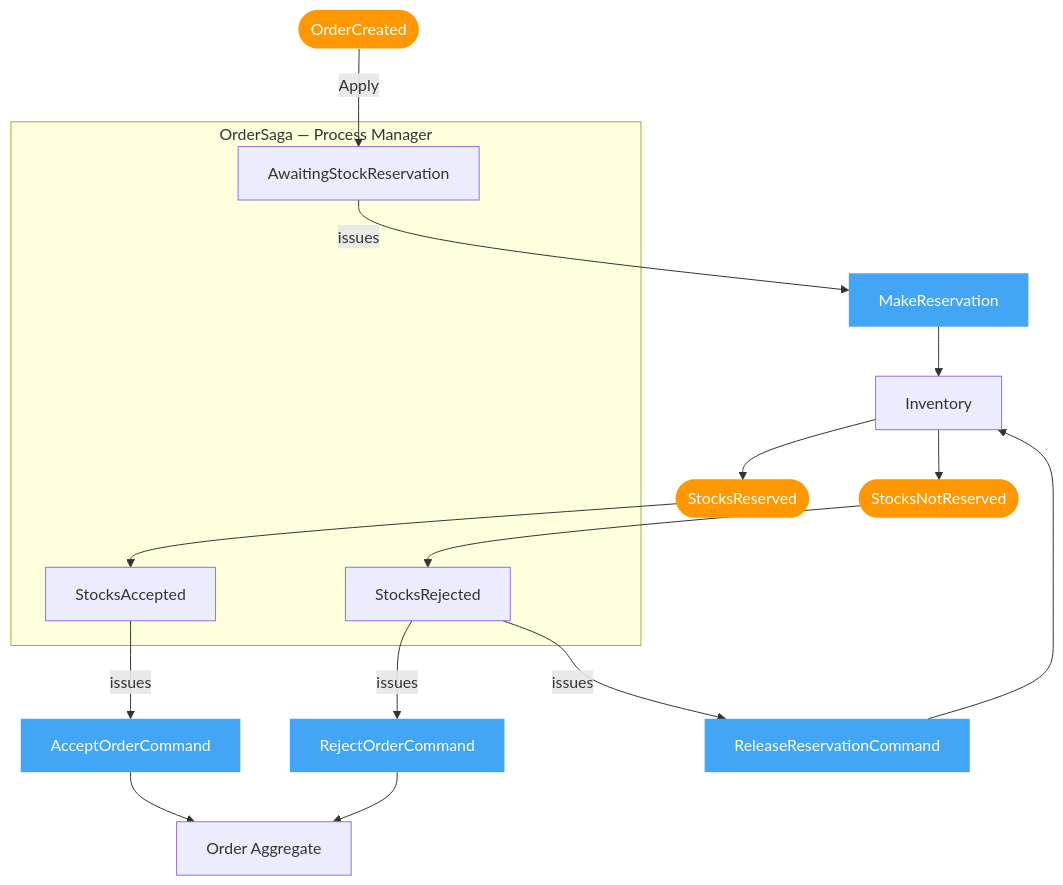
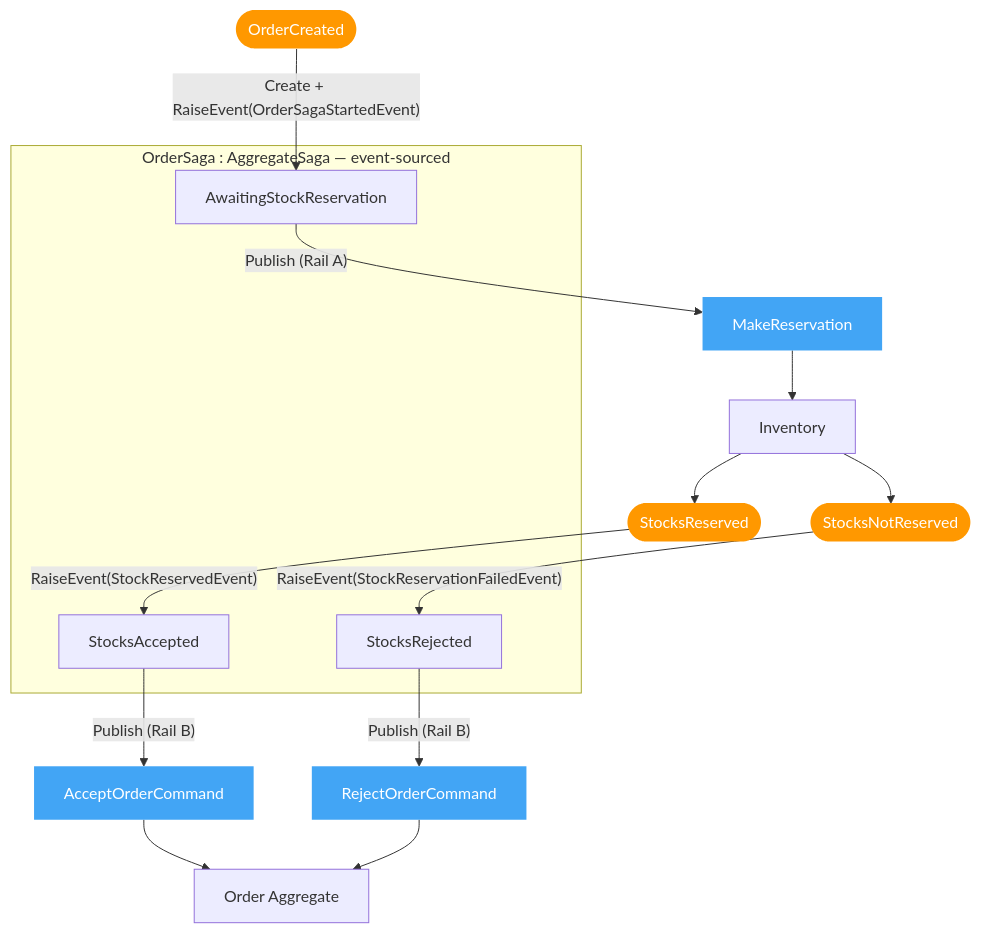
Before and after one commit to mnnam1302/EShop: the sixth of 10 diagrams in Order/src/EShop.Order.API/README.md, drawn with Mermaid. The commit also changed other lines of this file and 14 other files, not shown here.

Commit message:
refactor(order): implement Order and OrderSaga state machine

````diff
--- a/Order/src/EShop.Order.API/README.md
+++ b/Order/src/EShop.Order.API/README.md
@@ -139,22 +176,21 @@
 ```mermaid
 flowchart TB
     classDef event   fill:#ff9800,color:#fff,stroke:none
     classDef command fill:#42a5f5,color:#fff,stroke:none
     classDef pm      fill:#ce93d8,color:#000,stroke:#7b1fa2,stroke-width:2px
 
-    subgraph PM["OrderSaga — Process Manager"]
+    subgraph PM["OrderSaga : AggregateSaga — event-sourced"]
         S1["AwaitingStockReservation"]
         S2["StocksAccepted"]
         S3["StocksRejected"]
     end
 
-    E1([OrderCreated]):::event -->|"Apply"| S1
-    S1 -->|"issues"| C1[MakeReservation]:::command --> INV["Inventory"]
+    E1([OrderCreated]):::event -->|"Create + RaiseEvent(OrderSagaStartedEvent)"| S1
+    S1 -->|"Publish (Rail A)"| C1[MakeReservation]:::command --> INV["Inventory"]
 
-    INV --> E2([StocksReserved]):::event --> S2
-    INV --> E3([StocksNotReserved]):::event --> S3
+    INV --> E2([StocksReserved]):::event -->|"RaiseEvent(StockReservedEvent)"| S2
+    INV --> E3([StocksNotReserved]):::event -->|"RaiseEvent(StockReservationFailedEvent)"| S3
 
-    S2 -->|"issues"| C2[AcceptOrderCommand]:::command --> OA["Order Aggregate"]
-    S3 -->|"issues"| C3[RejectOrderCommand]:::command --> OA
-    S3 -->|"issues"| C4[ReleaseReservationCommand]:::command --> INV
+    S2 -->|"Publish (Rail B)"| C2[AcceptOrderCommand]:::command --> OA["Order Aggregate"]
+    S3 -->|"Publish (Rail B)"| C3[RejectOrderCommand]:::command --> OA
 ```
````
